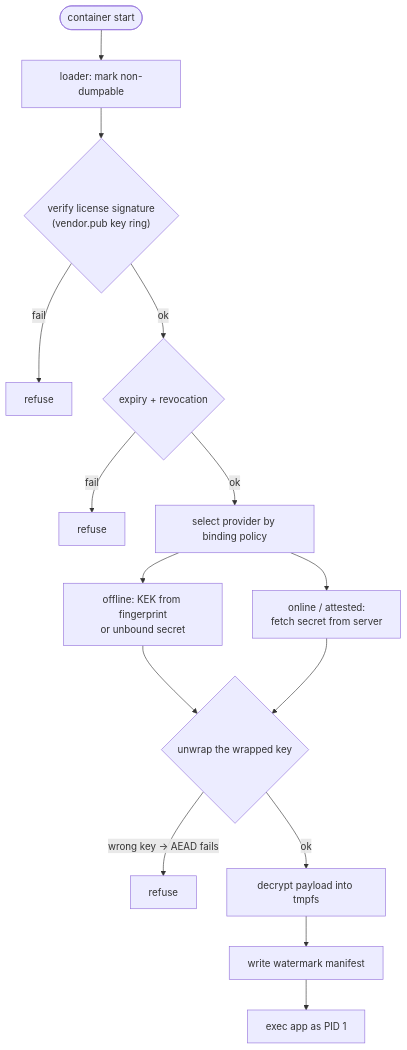
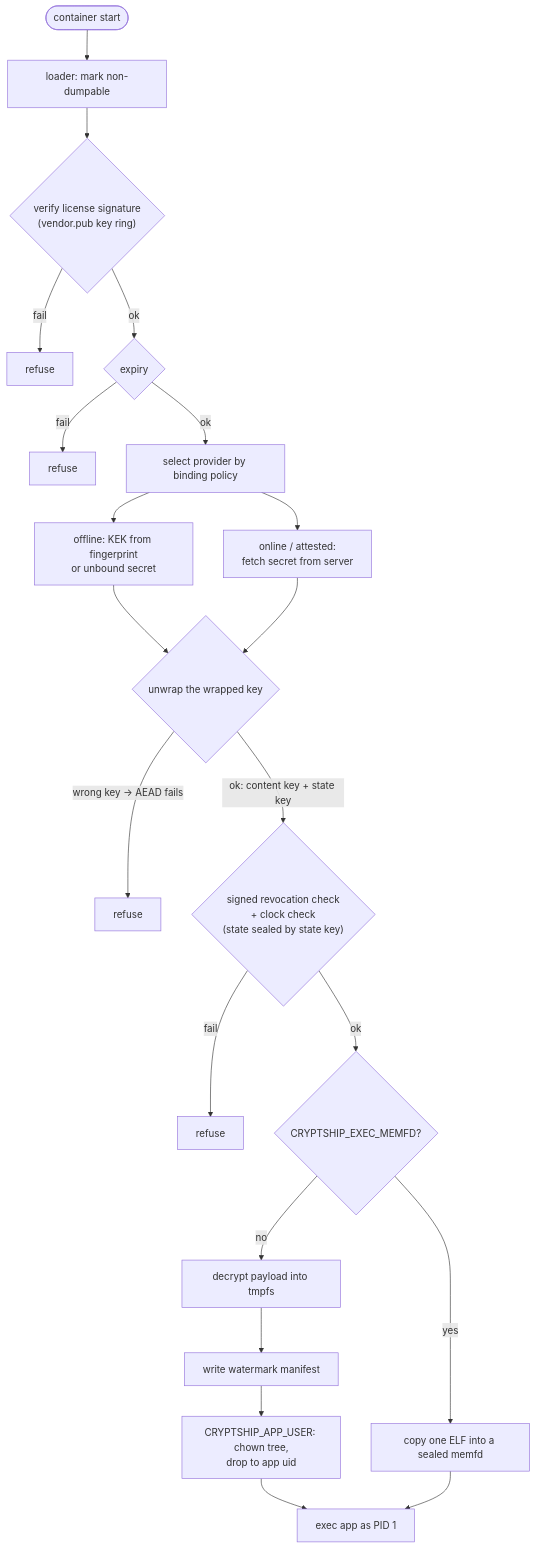
One commit to AI2TH/cryptship changed the third of 6 diagrams in docs/DIAGRAMS.md. Above: the diagram before and after it, drawn with Mermaid. The commit also changed other lines of this file and 5 other files, not shown here.

````diff
--- a/docs/DIAGRAMS.md
+++ b/docs/DIAGRAMS.md
@@ -94,17 +94,23 @@
 ```mermaid
 flowchart TD
   S(["container start"]) --> H["loader: mark non-dumpable"]
   H --> V{"verify license signature<br/>(vendor.pub key ring)"}
   V -- fail --> X1["refuse"]
-  V -- ok --> E{"expiry + revocation"}
+  V -- ok --> E{"expiry"}
   E -- fail --> X2["refuse"]
   E -- ok --> SEL["select provider by binding policy"]
   SEL --> OFF["offline: KEK from fingerprint<br/>or unbound secret"]
   SEL --> NET["online / attested:<br/>fetch secret from server"]
   OFF --> UNW{"unwrap the wrapped key"}
   NET --> UNW
   UNW -- "wrong key -> AEAD fails" --> X3["refuse"]
-  UNW -- ok --> DEC["decrypt payload into tmpfs"]
+  UNW -- "ok: content key + state key" --> RC{"signed revocation check<br/>+ clock check<br/>(state sealed by state key)"}
+  RC -- fail --> X4["refuse"]
+  RC -- ok --> MODE{"CRYPTSHIP_EXEC_MEMFD?"}
+  MODE -- yes --> MFD["copy one ELF into a sealed memfd"]
+  MODE -- no --> DEC["decrypt payload into tmpfs"]
   DEC --> WM["write watermark manifest"]
-  WM --> EXE["exec app as PID 1"]
+  WM --> OWN["CRYPTSHIP_APP_USER: chown tree,<br/>drop to app uid"]
+  OWN --> EXE["exec app as PID 1"]
+  MFD --> EXE
 ```
````
